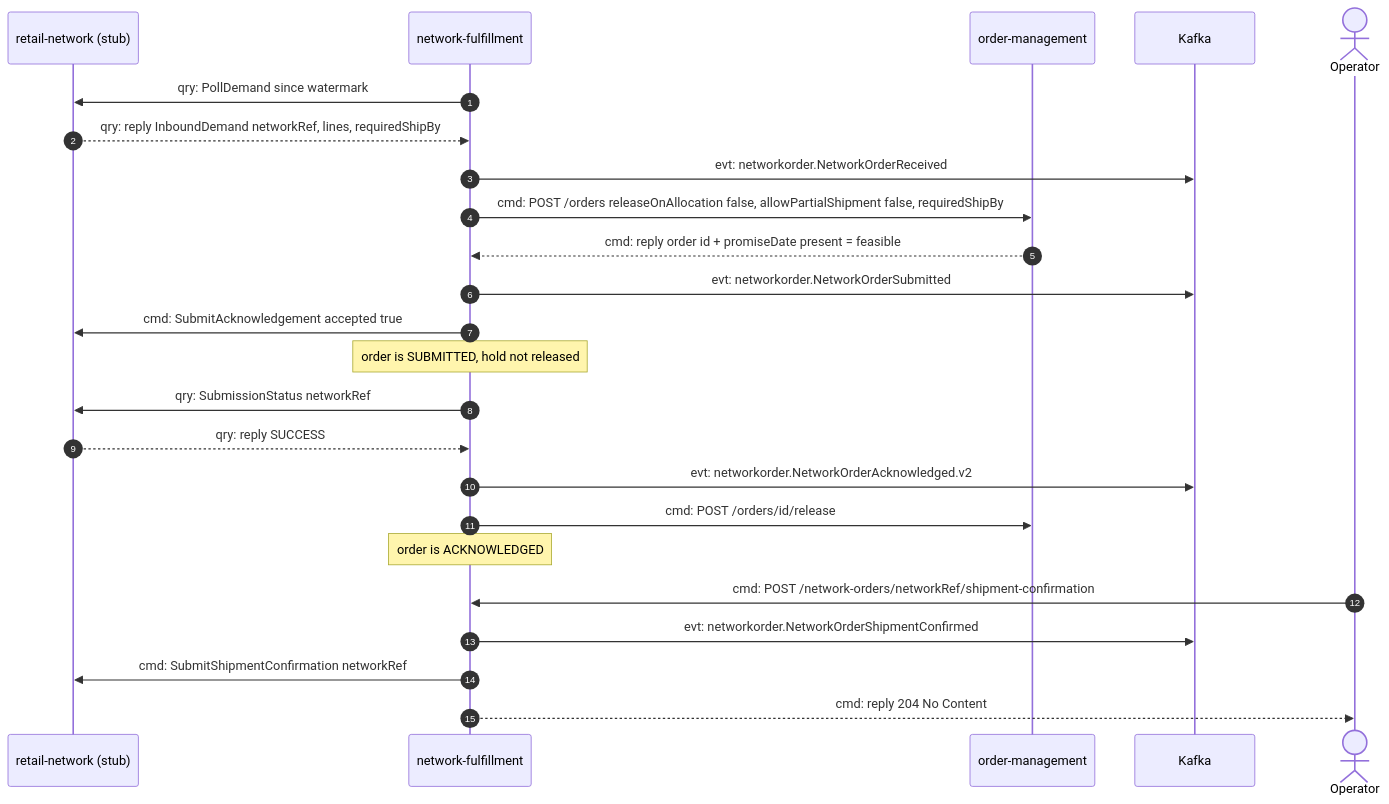
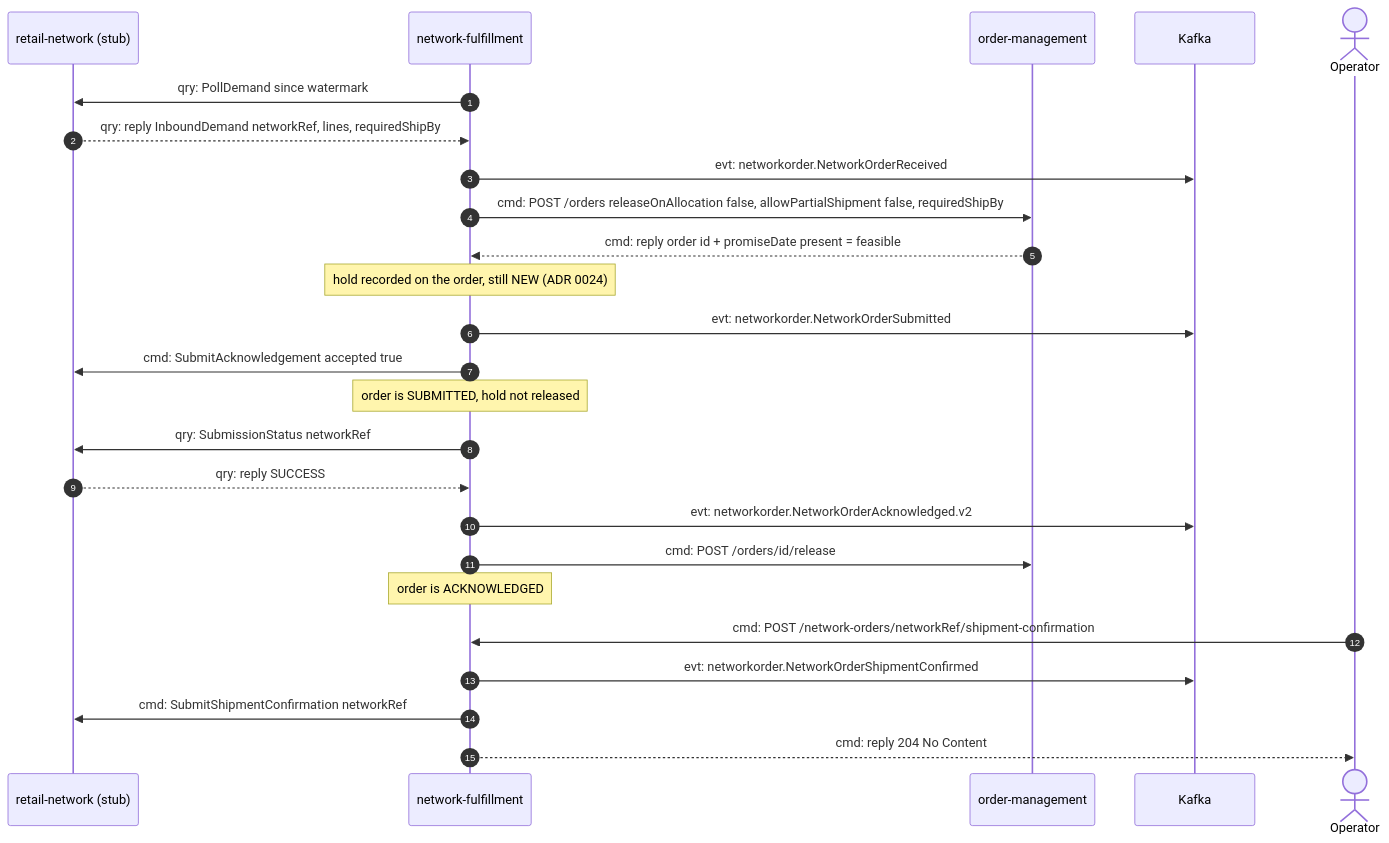
One commit to IQVO/warehouse-docs changed the first of 5 diagrams in docs/contexts/network-fulfillment/domain-message-flow.md. Above: the diagram before and after it, drawn with Mermaid. The commit also changed other lines of this file and 53 other files, not shown here.

````diff
--- a/docs/contexts/network-fulfillment/domain-message-flow.md
+++ b/docs/contexts/network-fulfillment/domain-message-flow.md
@@ -27,26 +27,27 @@
 ```mermaid
 sequenceDiagram
     autonumber
     participant RN as retail-network (stub)
     participant NF as network-fulfillment
     participant OM as order-management
     participant K as Kafka
     actor OP as Operator
     NF->>RN: qry: PollDemand since watermark
     RN-->>NF: qry: reply InboundDemand networkRef, lines, requiredShipBy
     NF->>K: evt: networkorder.NetworkOrderReceived
     NF->>OM: cmd: POST /orders releaseOnAllocation false, allowPartialShipment false, requiredShipBy
     OM-->>NF: cmd: reply order id + promiseDate present = feasible
+    Note over NF: hold recorded on the order, still NEW (ADR 0024)
     NF->>K: evt: networkorder.NetworkOrderSubmitted
     NF->>RN: cmd: SubmitAcknowledgement accepted true
     Note over NF: order is SUBMITTED, hold not released
     NF->>RN: qry: SubmissionStatus networkRef
     RN-->>NF: qry: reply SUCCESS
     NF->>K: evt: networkorder.NetworkOrderAcknowledged.v2
     NF->>OM: cmd: POST /orders/id/release
     Note over NF: order is ACKNOWLEDGED
     OP->>NF: cmd: POST /network-orders/networkRef/shipment-confirmation
     NF->>K: evt: networkorder.NetworkOrderShipmentConfirmed
     NF->>RN: cmd: SubmitShipmentConfirmation networkRef
     NF-->>OP: cmd: reply 204 No Content
 ```
````
